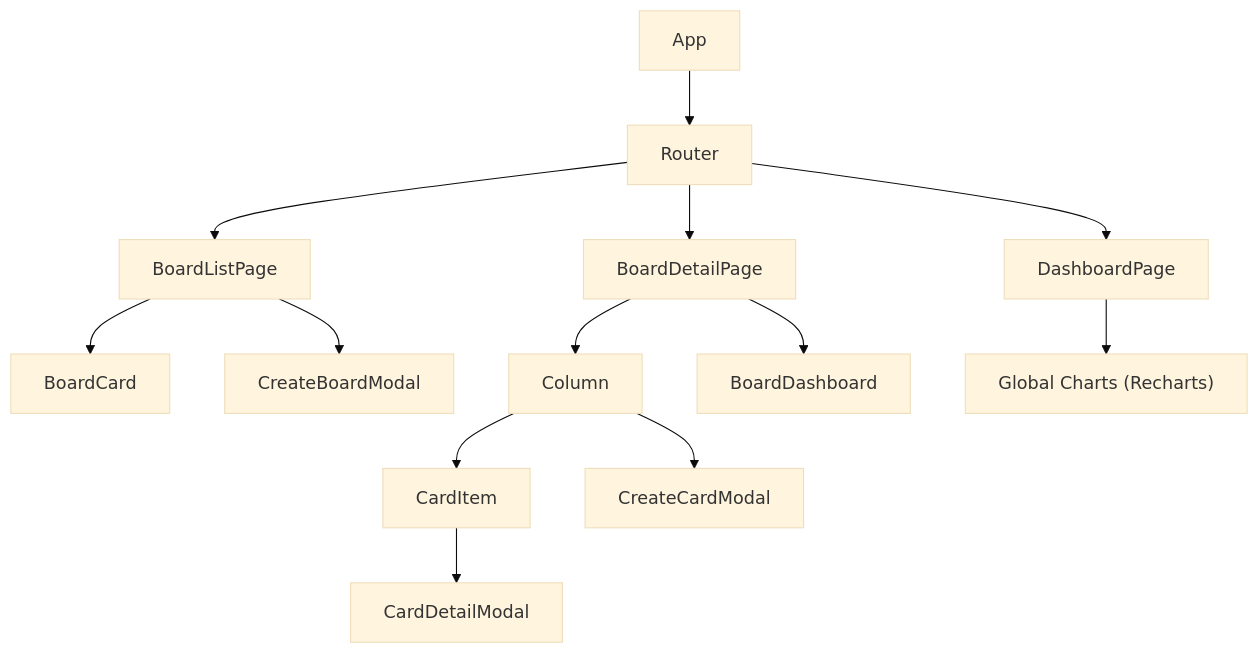
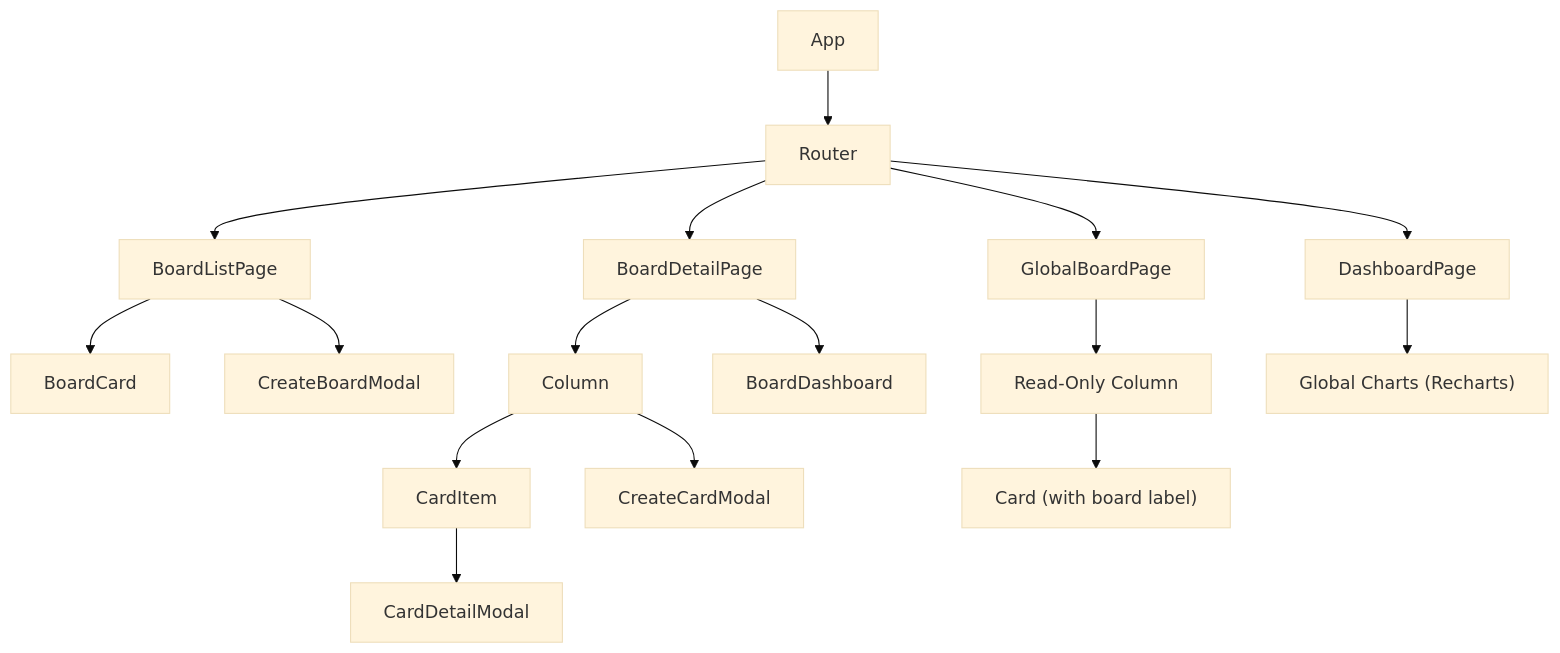
The third of 3 diagrams in planning/technical_doc.md (javiermunozalonso/kanban-board), drawn with Mermaid (base theme) before and after one commit. The commit also changed other lines of this file and 11 other files, not shown here.

First line of the commit message:
feat: add global board view and column-based color coding

````diff
--- a/planning/technical_doc.md
+++ b/planning/technical_doc.md
@@ -172,18 +173,22 @@
 ```mermaid
 graph TD
     App --> Router
     Router --> BoardListPage
     Router --> BoardDetailPage
+    Router --> GlobalBoardPage
     Router --> DashboardPage
 
     BoardListPage --> BoardCard
     BoardListPage --> CreateBoardModal
 
     BoardDetailPage --> Column
     BoardDetailPage --> BoardDashboard
     Column --> CardItem
     Column --> CreateCardModal
     CardItem --> CardDetailModal
 
+    GlobalBoardPage --> GlobalColumn["Read-Only Column"]
+    GlobalColumn --> GlobalCard["Card (with board label)"]
+
     DashboardPage --> GlobalCharts["Global Charts (Recharts)"]
 ```
````
